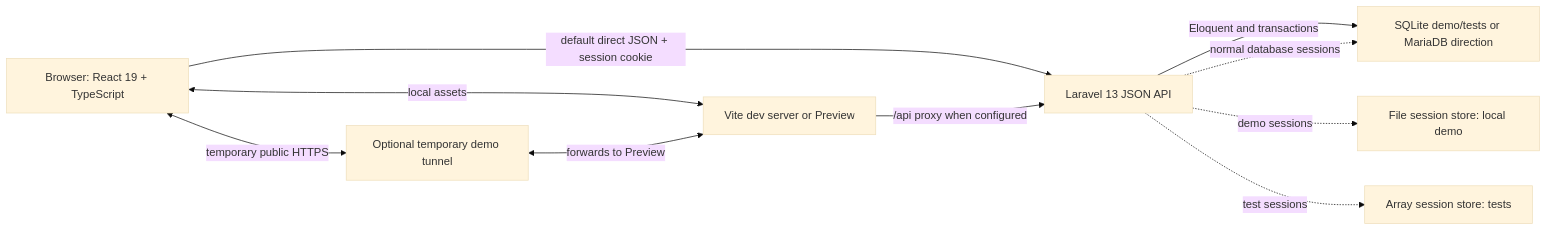
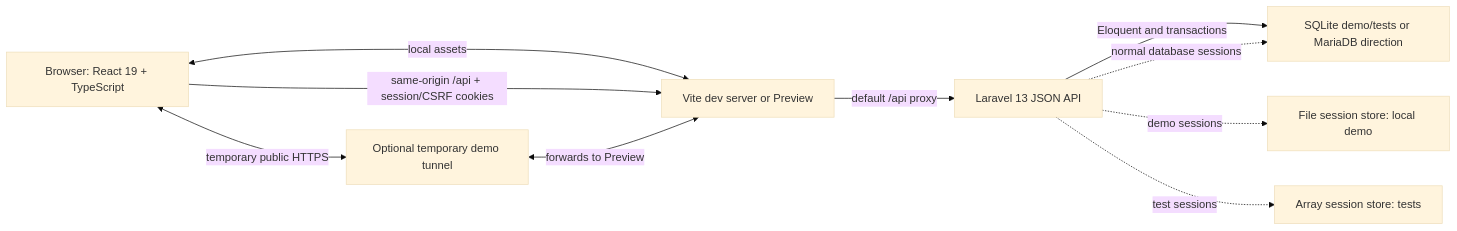
The diagram in docs/architecture.md (Kaikaiyng/Matahari), drawn with Mermaid (base theme) before and after one commit. The commit also changed other lines of this file and 8 other files, not shown here.

````diff
--- a/docs/architecture.md
+++ b/docs/architecture.md
@@ -9,20 +9,20 @@
 ```mermaid
 flowchart LR
     Browser["Browser: React 19 + TypeScript"]
     Vite["Vite dev server or Preview"]
     API["Laravel 13 JSON API"]
     DB["SQLite demo/tests or MariaDB direction"]
     Files["File session store: local demo"]
     Memory["Array session store: tests"]
     Tunnel["Optional temporary demo tunnel"]
 
     Browser <-->|"local assets"| Vite
-    Browser -->|"default direct JSON + session cookie"| API
+    Browser -->|"same-origin /api + session/CSRF cookies"| Vite
     Browser <-->|"temporary public HTTPS"| Tunnel
     Tunnel <-->|"forwards to Preview"| Vite
-    Vite -->|"/api proxy when configured"| API
+    Vite -->|"default /api proxy"| API
     API -->|"Eloquent and transactions"| DB
     API -.->|"normal database sessions"| DB
     API -.->|"demo sessions"| Files
     API -.->|"test sessions"| Memory
 ```
````
